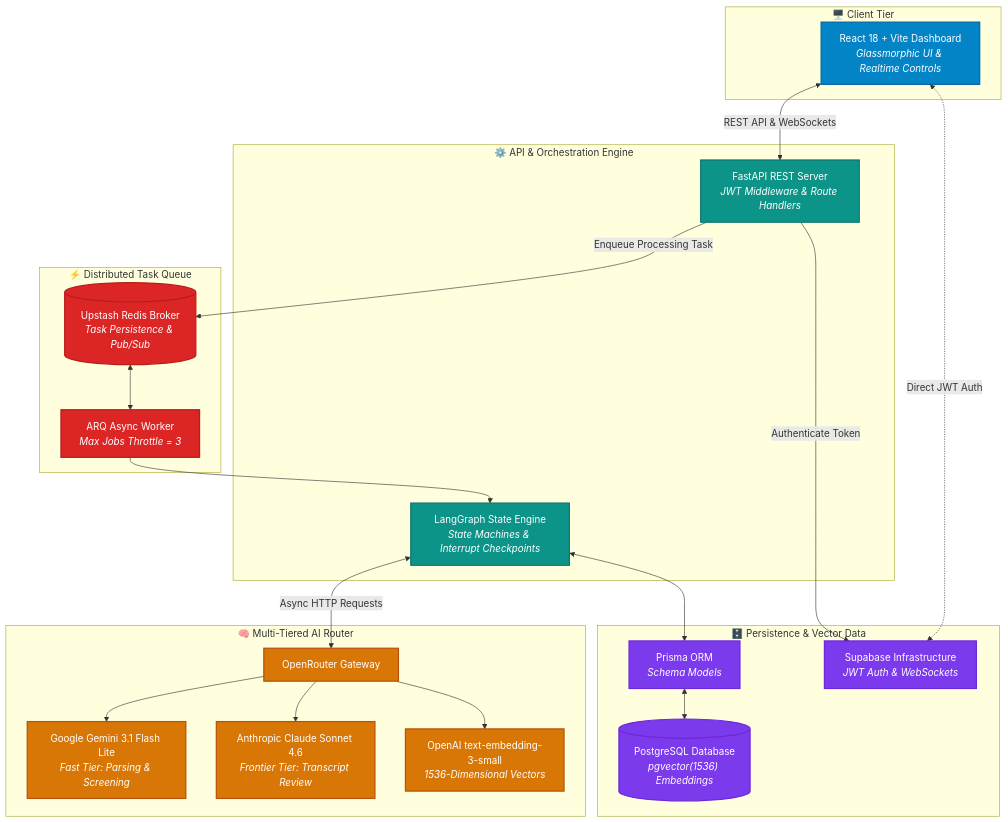
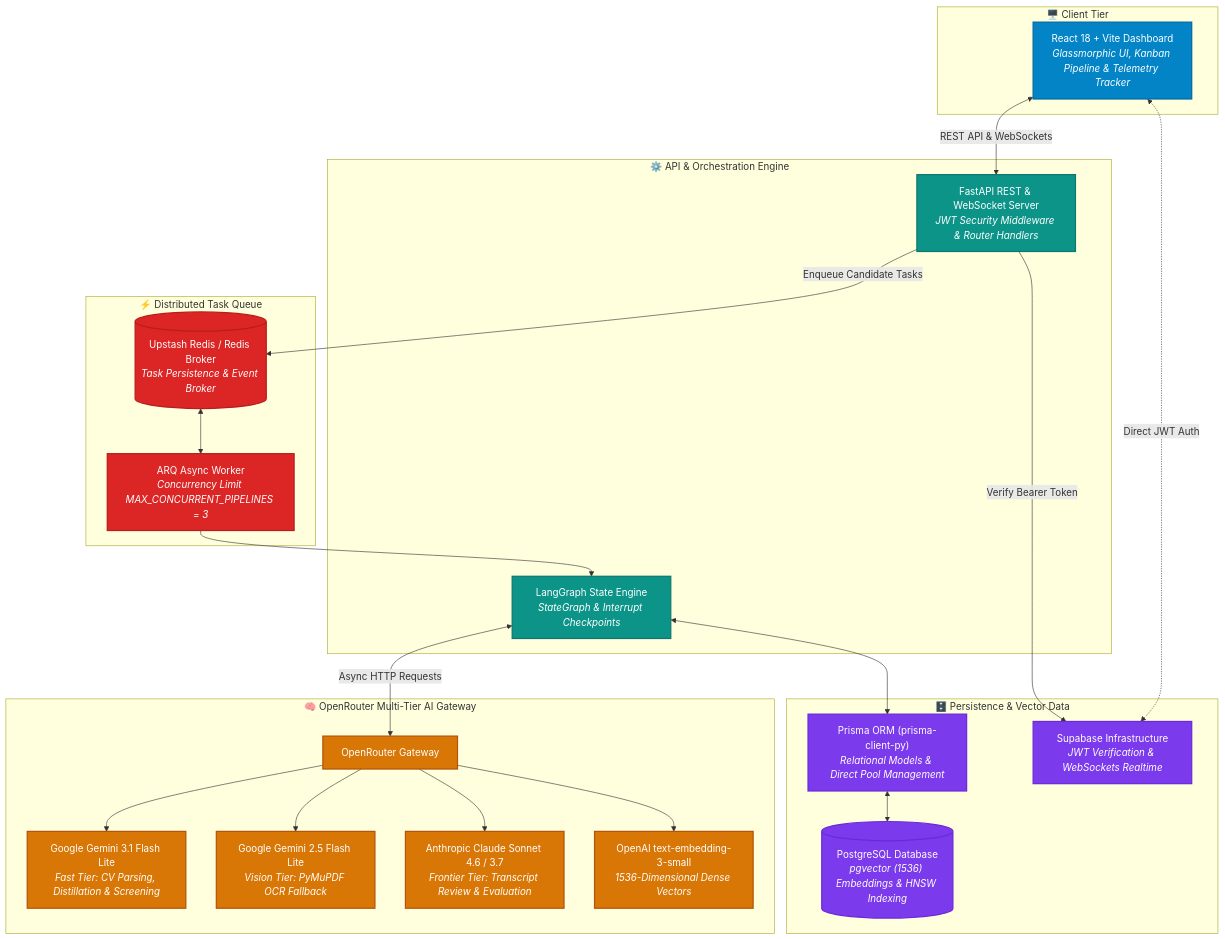
One commit to Ibsham7/Recruitment-Agent changed the second of 4 diagrams in README.md. Above: the diagram before and after it, drawn with Mermaid. The commit also changed other lines of this file and 8 other files, not shown here.

````diff
--- a/README.md
+++ b/README.md
@@ -74,48 +74,50 @@
 ```mermaid
 flowchart TB
     classDef clientStyle fill:#0284C7,stroke:#0369A1,stroke-width:2px,color:#fff;
     classDef apiStyle fill:#0D9488,stroke:#0F766E,stroke-width:2px,color:#fff;
     classDef queueStyle fill:#DC2626,stroke:#B91C1C,stroke-width:2px,color:#fff;
     classDef dbStyle fill:#7C3AED,stroke:#6D28D9,stroke-width:2px,color:#fff;
     classDef aiStyle fill:#D97706,stroke:#B45309,stroke-width:2px,color:#fff;
 
     subgraph Tier1 ["🖥️ Client Tier"]
-        UI["React 18 + Vite Dashboard<br/><i>Glassmorphic UI & Realtime Controls</i>"]:::clientStyle
+        UI["React 18 + Vite Dashboard<br/><i>Glassmorphic UI, Kanban Pipeline & Telemetry Tracker</i>"]:::clientStyle
     end
 
     subgraph Tier2 ["⚙️ API & Orchestration Engine"]
-        API["FastAPI REST Server<br/><i>JWT Middleware & Route Handlers</i>"]:::apiStyle
-        LG["LangGraph State Engine<br/><i>State Machines & Interrupt Checkpoints</i>"]:::apiStyle
+        API["FastAPI REST & WebSocket Server<br/><i>JWT Security Middleware & Router Handlers</i>"]:::apiStyle
+        LG["LangGraph State Engine<br/><i>StateGraph & Interrupt Checkpoints</i>"]:::apiStyle
     end
 
     subgraph Tier3 ["⚡ Distributed Task Queue"]
-        Redis[("Upstash Redis Broker<br/><i>Task Persistence & Pub/Sub</i>")]:::queueStyle
-        ARQ["ARQ Async Worker<br/><i>Max Jobs Throttle = 3</i>"]:::queueStyle
+        Redis[("Upstash Redis / Redis Broker<br/><i>Task Persistence & Event Broker</i>")]:::queueStyle
+        ARQ["ARQ Async Worker<br/><i>Concurrency Limit MAX_CONCURRENT_PIPELINES = 3</i>"]:::queueStyle
     end
 
     subgraph Tier4 ["🗄️ Persistence & Vector Data"]
-        Prisma["Prisma ORM<br/><i>Schema Models</i>"]:::dbStyle
-        PG[("PostgreSQL Database<br/><i>pgvector(1536) Embeddings</i>")]:::dbStyle
-        SupaAuth["Supabase Infrastructure<br/><i>JWT Auth & WebSockets</i>"]:::dbStyle
+        Prisma["Prisma ORM (prisma-client-py)<br/><i>Relational Models & Direct Pool Management</i>"]:::dbStyle
+        PG[("PostgreSQL Database<br/><i>pgvector (1536) Embeddings & HNSW Indexing</i>")]:::dbStyle
+        SupaAuth["Supabase Infrastructure<br/><i>JWT Verification & WebSockets Realtime</i>"]:::dbStyle
     end
 
-    subgraph Tier5 ["🧠 Multi-Tiered AI Router"]
+    subgraph Tier5 ["🧠 OpenRouter Multi-Tier AI Gateway"]
         OpenRouter["OpenRouter Gateway"]:::aiStyle
-        Gemini["Google Gemini 3.1 Flash Lite<br/><i>Fast Tier: Parsing & Screening</i>"]:::aiStyle
-        Sonnet["Anthropic Claude Sonnet 4.6<br/><i>Frontier Tier: Transcript Review</i>"]:::aiStyle
-        Embeddings["OpenAI text-embedding-3-small<br/><i>1536-Dimensional Vectors</i>"]:::aiStyle
+        Gemini["Google Gemini 3.1 Flash Lite<br/><i>Fast Tier: CV Parsing, Distillation & Screening</i>"]:::aiStyle
+        GeminiVision["Google Gemini 2.5 Flash Lite<br/><i>Vision Tier: PyMuPDF OCR Fallback</i>"]:::aiStyle
+        Sonnet["Anthropic Claude Sonnet 4.6 / 3.7<br/><i>Frontier Tier: Transcript Review & Evaluation</i>"]:::aiStyle
+        Embeddings["OpenAI text-embedding-3-small<br/><i>1536-Dimensional Dense Vectors</i>"]:::aiStyle
     end
 
     UI <-->|REST API & WebSockets| API
     UI <-.->|Direct JWT Auth| SupaAuth
-    API -->|Authenticate Token| SupaAuth
-    API -->|Enqueue Processing Task| Redis
+    API -->|Verify Bearer Token| SupaAuth
+    API -->|Enqueue Candidate Tasks| Redis
     Redis <--> ARQ
     ARQ --> LG
     LG <--> Prisma
     Prisma <--> PG
     LG <-->|Async HTTP Requests| OpenRouter
     OpenRouter --> Gemini
+    OpenRouter --> GeminiVision
     OpenRouter --> Sonnet
     OpenRouter --> Embeddings
 ```
````
